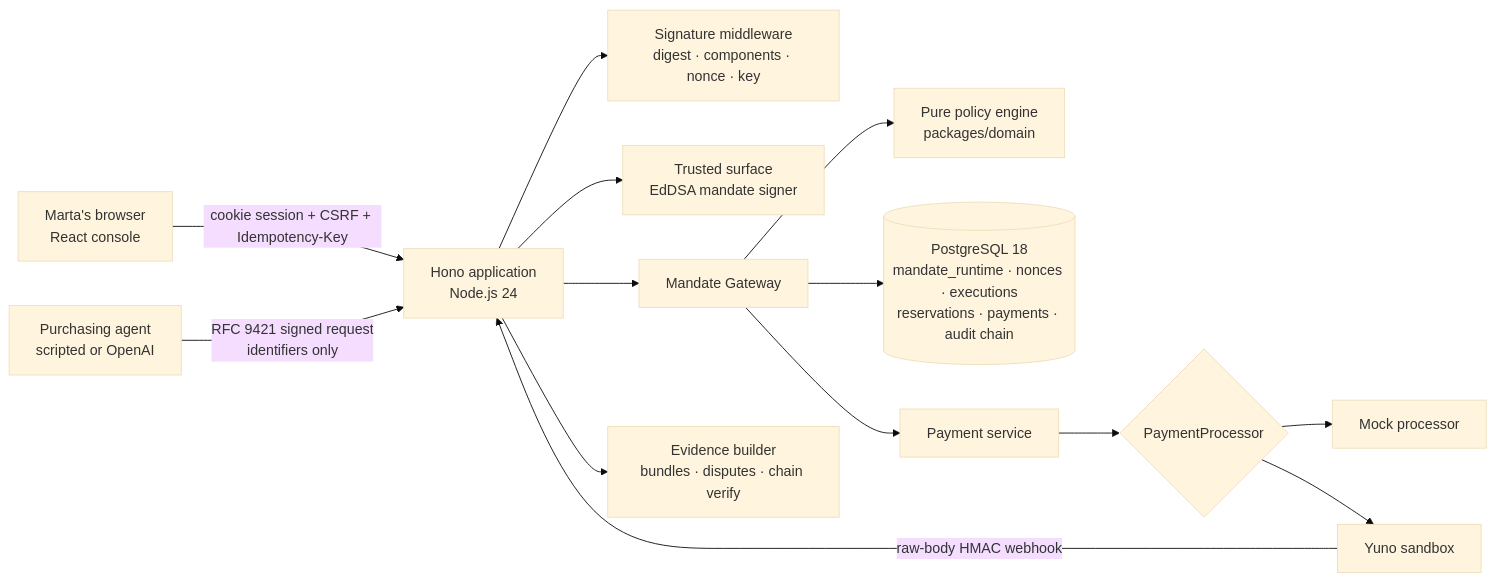
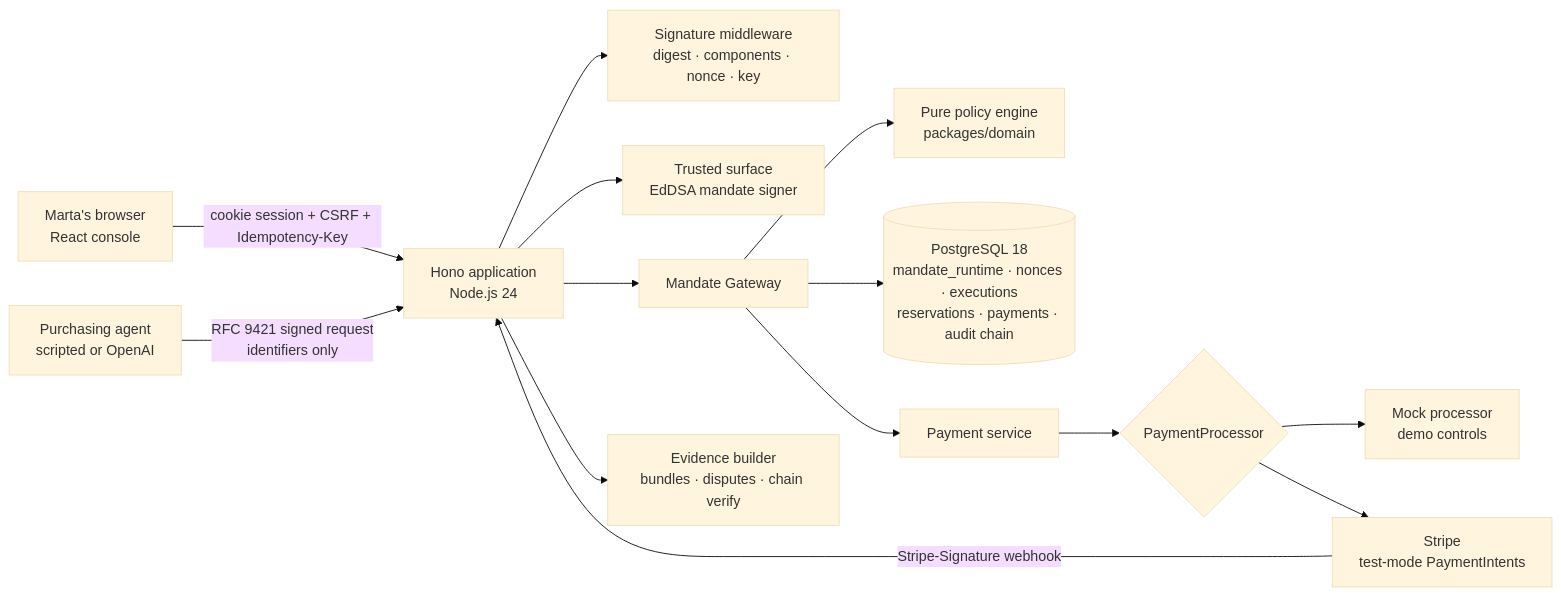
Before and after one commit to r0bops/Authera: the first of 4 diagrams in docs/architecture.md, drawn with Mermaid (base theme). The commit also changed other lines of this file and 14 other files, not shown here.

First line of the commit message:
chore: remove the Yuno payment adapter

````diff
--- a/docs/architecture.md
+++ b/docs/architecture.md
@@ -5,16 +5,16 @@
 ```mermaid
 flowchart LR
   H[Marta's browser<br/>React console] -->|cookie session + CSRF + Idempotency-Key| API[Hono application<br/>Node.js 24]
   A[Purchasing agent<br/>scripted or OpenAI] -->|RFC 9421 signed request<br/>identifiers only| API
   API --> SIG[Signature middleware<br/>digest · components · nonce · key]
   API --> TS[Trusted surface<br/>EdDSA mandate signer]
   API --> MG[Mandate Gateway]
   MG --> PE[Pure policy engine<br/>packages/domain]
   MG --> DB[(PostgreSQL 18<br/>mandate_runtime · nonces · executions<br/>reservations · payments · audit chain)]
   MG --> PAY[Payment service]
   PAY --> PP{PaymentProcessor}
-  PP --> MOCK[Mock processor]
-  PP --> YUNO[Yuno sandbox]
-  YUNO -->|raw-body HMAC webhook| API
+  PP --> MOCK[Mock processor<br/>demo controls]
+  PP --> STRIPE[Stripe<br/>test-mode PaymentIntents]
+  STRIPE -->|Stripe-Signature webhook| API
   API --> EV[Evidence builder<br/>bundles · disputes · chain verify]
 ```
````
